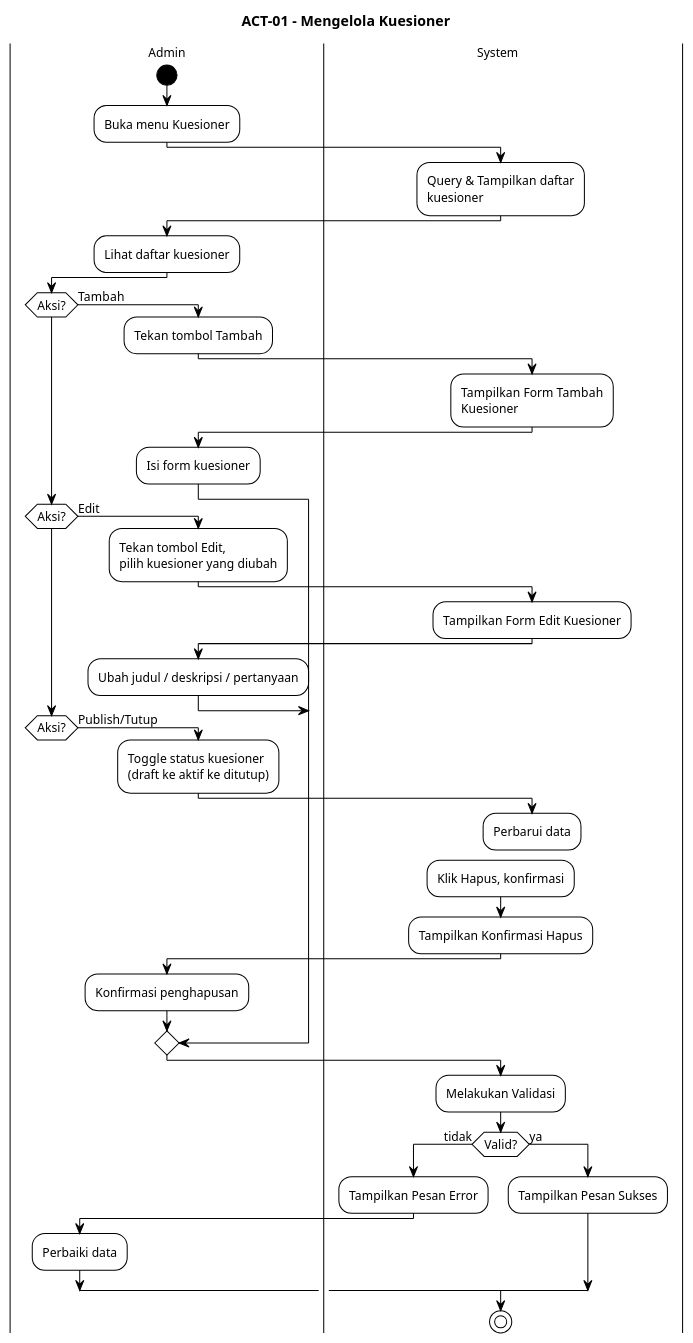
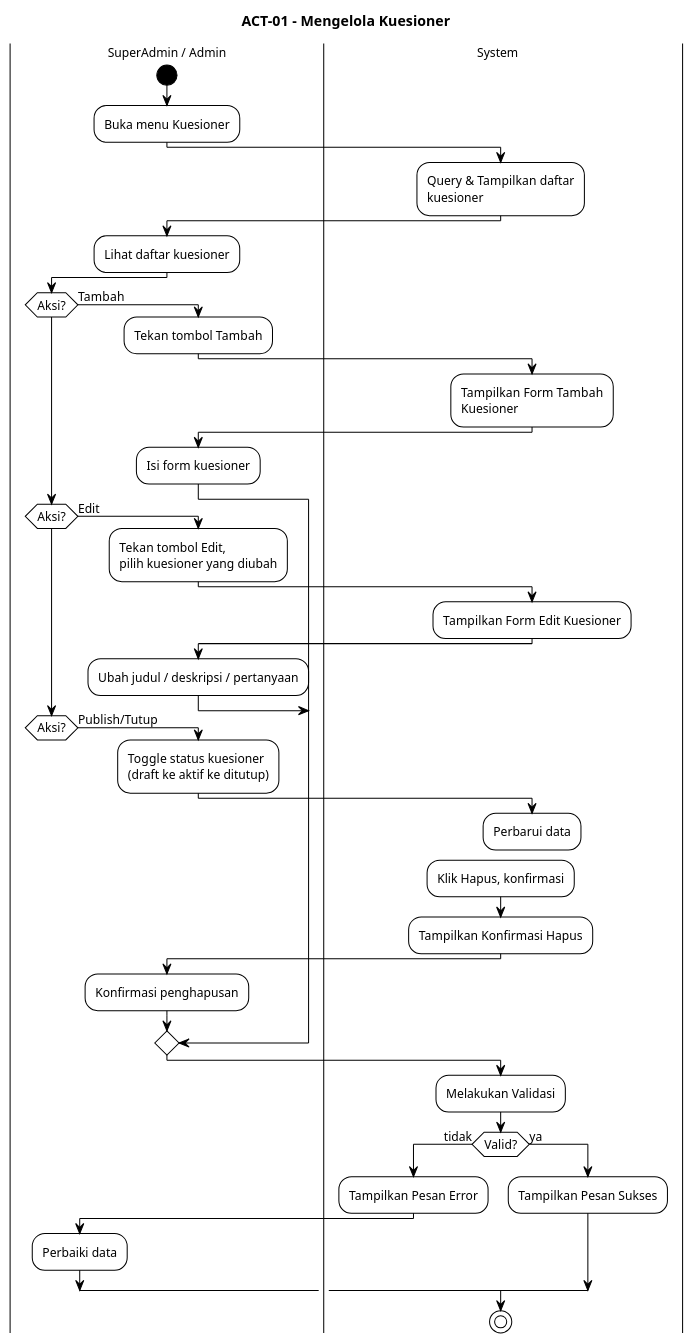
Before and after one commit to Habiboys/SILAB-DSI: the diagram in docs/kuesioner/activity/ACT_01_MENGELOLA_KUESIONER.puml, drawn with PlantUML. The commit also changed 126 other files, not shown here.

```diff
--- a/docs/kuesioner/activity/ACT_01_MENGELOLA_KUESIONER.puml
+++ b/docs/kuesioner/activity/ACT_01_MENGELOLA_KUESIONER.puml
@@ -1,64 +1,64 @@
 @startuml ACT_01_MENGELOLA_KUESIONER
 !theme plain
 !pragma useVerticalIf on
 scale max 1600 width
 skinparam wrapWidth 200
 skinparam defaultFontSize 12
 skinparam TitleFontSize 14
 skinparam swimlaneWidth 260
 skinparam ActivityStartColor black
 skinparam ActivityEndColor black
 skinparam ConditionEndStyle hline
 title ACT-01 - Mengelola Kuesioner
 
-|Admin|
+|SuperAdmin / Admin|
 |System|
 
-|Admin|
+|SuperAdmin / Admin|
 start
 :Buka menu Kuesioner;
 |System|
 :Query & Tampilkan daftar kuesioner;
-|Admin|
+|SuperAdmin / Admin|
 :Lihat daftar kuesioner;
 
 if (Aksi?) then (Tambah)
   :Tekan tombol Tambah;
   |System|
   :Tampilkan Form Tambah Kuesioner;
-  |Admin|
+  |SuperAdmin / Admin|
   :Isi form kuesioner;
 
 elseif (Aksi?) then (Edit)
   :Tekan tombol Edit,\npilih kuesioner yang diubah;
   |System|
   :Tampilkan Form Edit Kuesioner;
-  |Admin|
+  |SuperAdmin / Admin|
   :Ubah judul / deskripsi / pertanyaan;
 
 elseif (Aksi?) then (Publish/Tutup)
   :Toggle status kuesioner\n(draft ke aktif ke ditutup);
   |System|
   :Perbarui data;
 
 else (Hapus)
   :Klik Hapus, konfirmasi;
   |System|
   :Tampilkan Konfirmasi Hapus;
-  |Admin|
+  |SuperAdmin / Admin|
   :Konfirmasi penghapusan;
 endif
 
 |System|
 :Melakukan Validasi;
 if (Valid?) then (tidak)
   :Tampilkan Pesan Error;
-  |Admin|
+  |SuperAdmin / Admin|
   :Perbaiki data;
   |System|
 else (ya)
   :Tampilkan Pesan Sukses;
 endif
 
 stop
 @enduml
```
